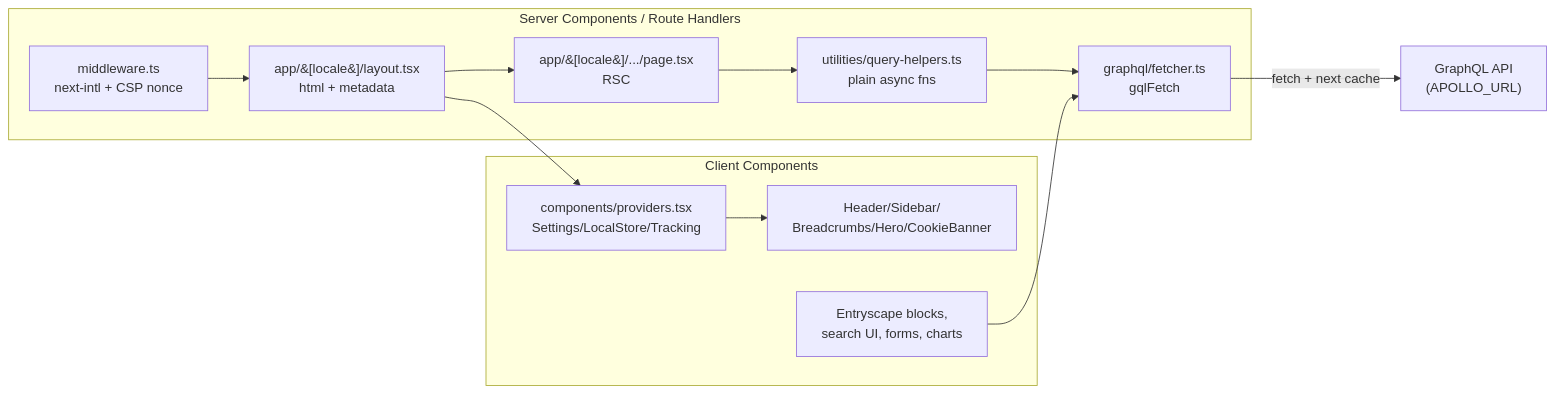
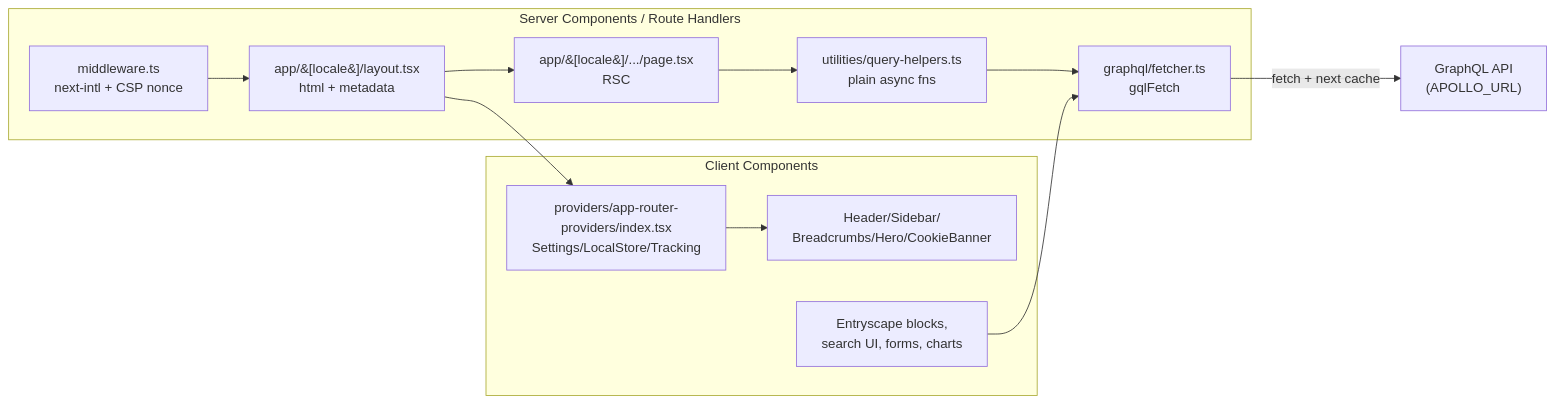
The diagram in docs/next15-app-router-migration.md (diggsweden/dataportal-web), drawn with Mermaid before and after one commit. The commit also changed other lines of this file and 2 other files, not shown here.

````diff
--- a/docs/next15-app-router-migration.md
+++ b/docs/next15-app-router-migration.md
@@ -16,25 +16,25 @@
 ```mermaid
 flowchart LR
   subgraph Server [Server Components / Route Handlers]
     Layout[app/&#91;locale&#93;/layout.tsx<br/>html + metadata]
     Page[app/&#91;locale&#93;/.../page.tsx<br/>RSC]
     Helpers[utilities/query-helpers.ts<br/>plain async fns]
     Fetcher[graphql/fetcher.ts<br/>gqlFetch]
     MW[middleware.ts<br/>next-intl + CSP nonce]
   end
   subgraph Client [Client Components]
-    Providers[components/providers.tsx<br/>Settings/LocalStore/Tracking]
+    Providers[providers/app-router-providers/index.tsx<br/>Settings/LocalStore/Tracking]
     Chrome[Header/Sidebar/<br/>Breadcrumbs/Hero/CookieBanner]
     Features[Entryscape blocks,<br/>search UI, forms, charts]
   end
   Backend["GraphQL API<br/>(APOLLO_URL)"]
 
   MW --> Layout
   Layout --> Providers
   Providers --> Chrome
   Layout --> Page
   Page --> Helpers
   Helpers --> Fetcher
   Features --> Fetcher
   Fetcher -->|"fetch + next cache"| Backend
 ```
````
